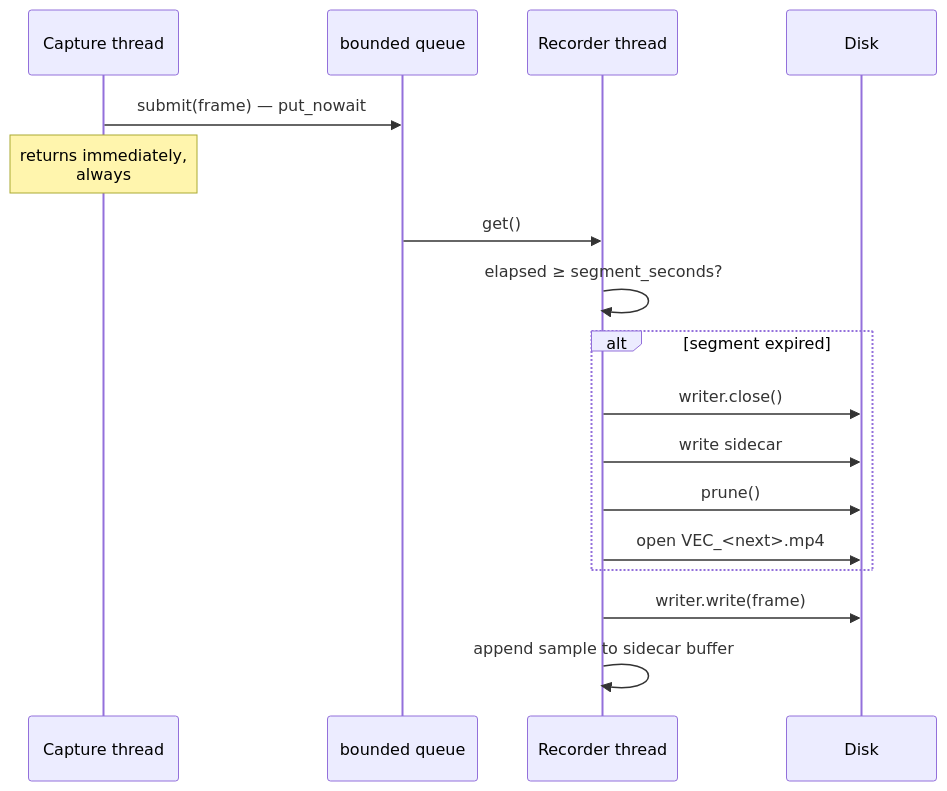
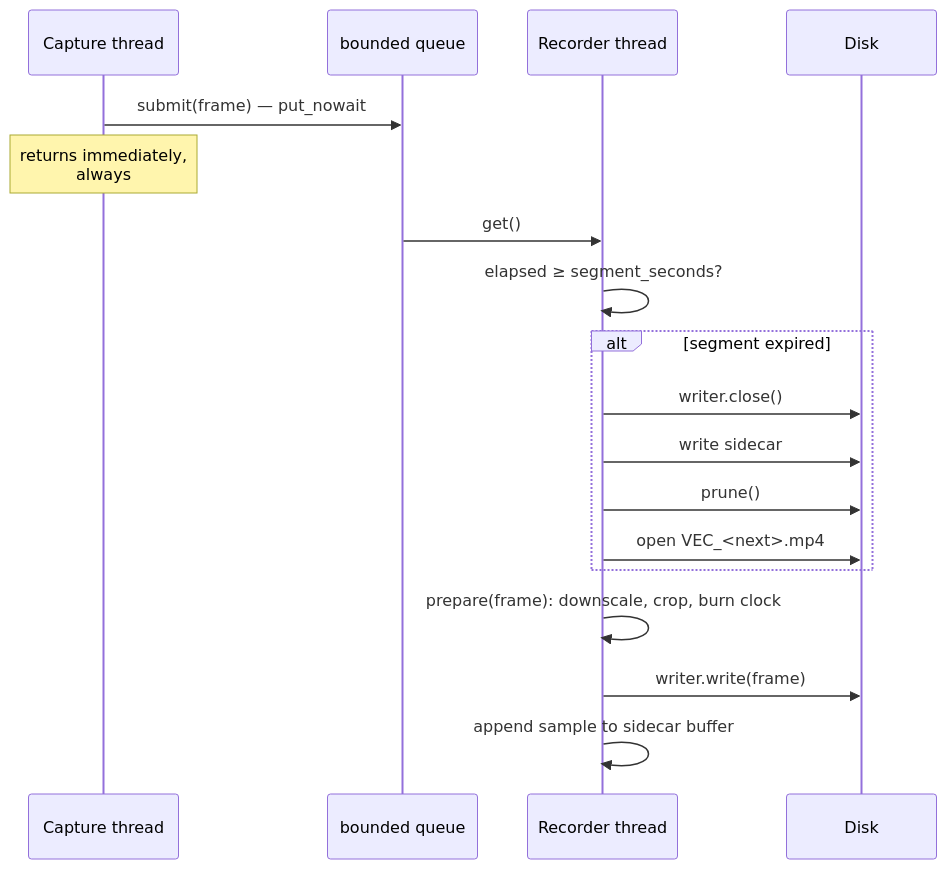
The first of 4 diagrams in docs/recording.md (Life-Experimentalist/Vectra-180), drawn with Mermaid before and after one commit. The commit also changed other lines of this file and 24 other files, not shown here.

````diff
--- a/docs/recording.md
+++ b/docs/recording.md
@@ -53,20 +53,21 @@
 ```mermaid
 sequenceDiagram
     participant Cap as Capture thread
     participant Q as bounded queue
     participant Rec as Recorder thread
     participant FS as Disk
 
     Cap->>Q: submit(frame) — put_nowait
     Note over Cap: returns immediately,<br/>always
     Q->>Rec: get()
     Rec->>Rec: elapsed ≥ segment_seconds?
     alt segment expired
         Rec->>FS: writer.close()
         Rec->>FS: write sidecar
         Rec->>FS: prune()
         Rec->>FS: open VEC_<next>.mp4
     end
+    Rec->>Rec: prepare(frame): downscale, crop, burn clock
     Rec->>FS: writer.write(frame)
     Rec->>Rec: append sample to sidecar buffer
 ```
````
